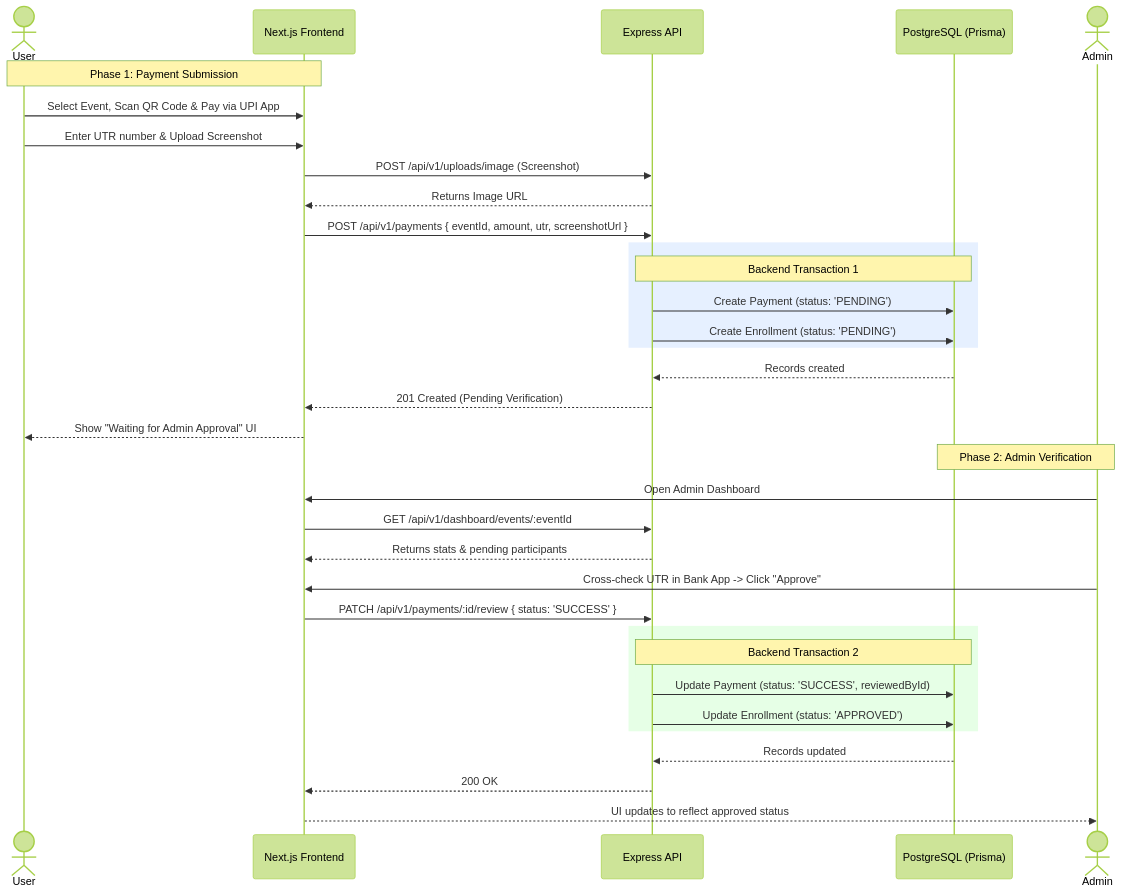
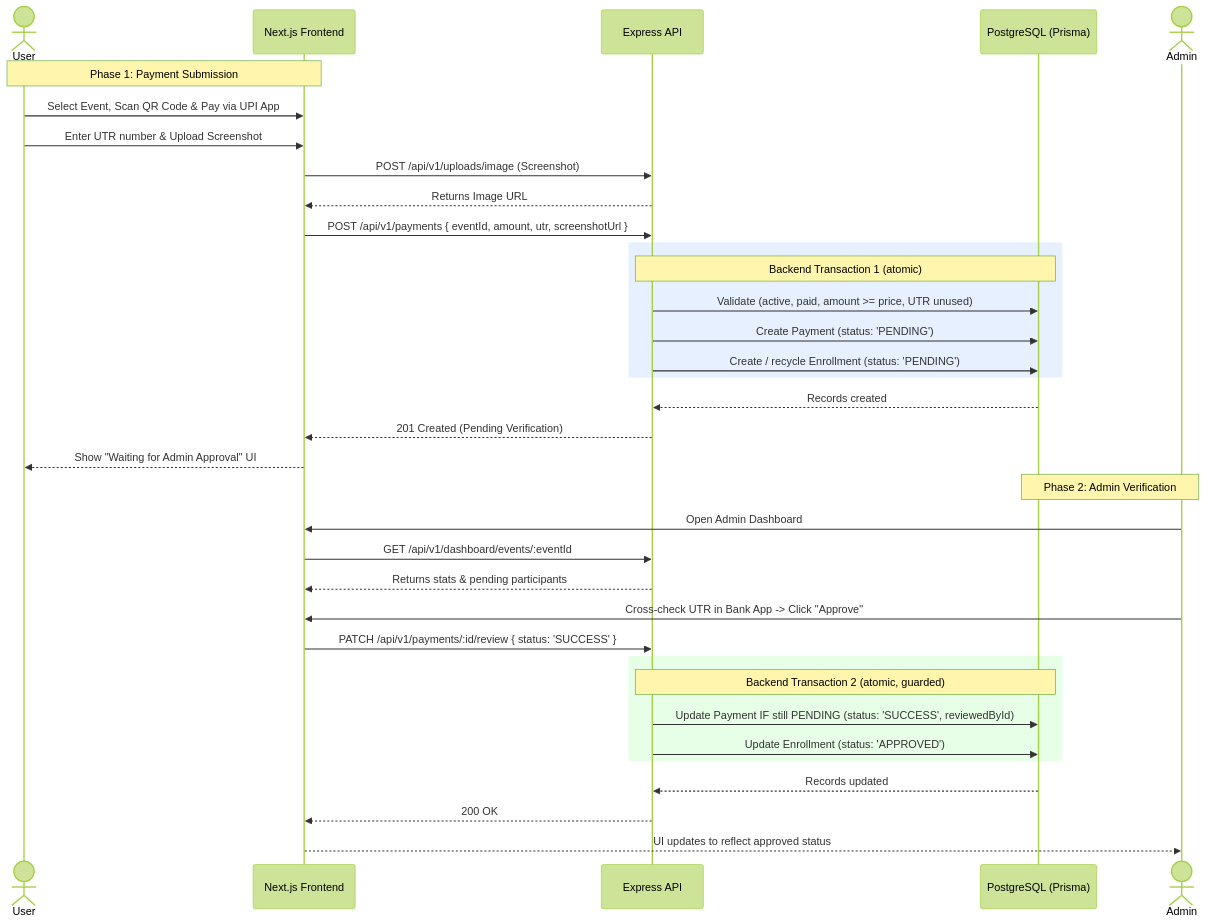
One commit to praharaj03/INDRIYAX-RESEARCH-TEAM changed the diagram in BACKEND/API-DOCUMENTATIONS/payment_flow.docs.md. Above: the diagram before and after it, drawn with Mermaid (forest theme). The commit also changed other lines of this file and 50 other files, not shown here.

````diff
--- a/BACKEND/API-DOCUMENTATIONS/payment_flow.docs.md
+++ b/BACKEND/API-DOCUMENTATIONS/payment_flow.docs.md
@@ -11,43 +9,44 @@
 ```mermaid
 sequenceDiagram
     actor User
     participant Frontend as Next.js Frontend
     participant API as Express API
     participant DB as PostgreSQL (Prisma)
     actor Admin
 
     Note over User,Frontend: Phase 1: Payment Submission
     User->>Frontend: Select Event, Scan QR Code & Pay via UPI App
     User->>Frontend: Enter UTR number & Upload Screenshot
     Frontend->>API: POST /api/v1/uploads/image (Screenshot)
     API-->>Frontend: Returns Image URL
     Frontend->>API: POST /api/v1/payments { eventId, amount, utr, screenshotUrl }
 
     rect rgb(230, 240, 255)
-        Note over API,DB: Backend Transaction 1
+        Note over API,DB: Backend Transaction 1 (atomic)
+        API->>DB: Validate (active, paid, amount >= price, UTR unused)
         API->>DB: Create Payment (status: 'PENDING')
-        API->>DB: Create Enrollment (status: 'PENDING')
+        API->>DB: Create / recycle Enrollment (status: 'PENDING')
     end
 
     DB-->>API: Records created
     API-->>Frontend: 201 Created (Pending Verification)
     Frontend-->>User: Show "Waiting for Admin Approval" UI
 
     Note over Admin,DB: Phase 2: Admin Verification
 
     Admin->>Frontend: Open Admin Dashboard
     Frontend->>API: GET /api/v1/dashboard/events/:eventId
     API-->>Frontend: Returns stats & pending participants
     Admin->>Frontend: Cross-check UTR in Bank App -> Click "Approve"
     Frontend->>API: PATCH /api/v1/payments/:id/review { status: 'SUCCESS' }
 
     rect rgb(230, 255, 230)
-        Note over API,DB: Backend Transaction 2
-        API->>DB: Update Payment (status: 'SUCCESS', reviewedById)
+        Note over API,DB: Backend Transaction 2 (atomic, guarded)
+        API->>DB: Update Payment IF still PENDING (status: 'SUCCESS', reviewedById)
         API->>DB: Update Enrollment (status: 'APPROVED')
     end
 
     DB-->>API: Records updated
     API-->>Frontend: 200 OK
     Frontend-->>Admin: UI updates to reflect approved status
 ```
````
